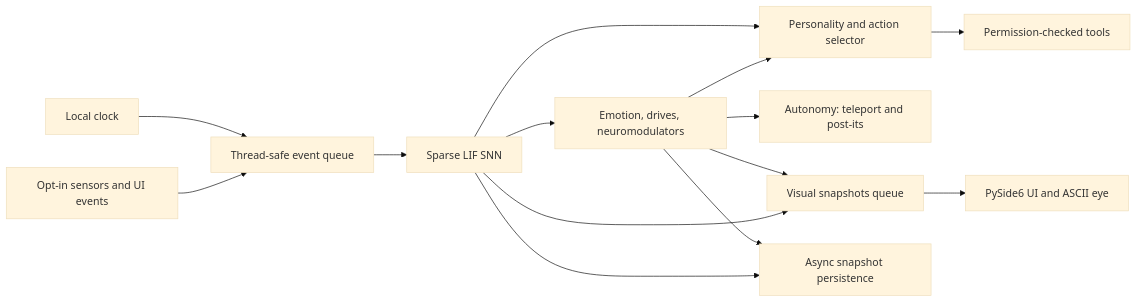
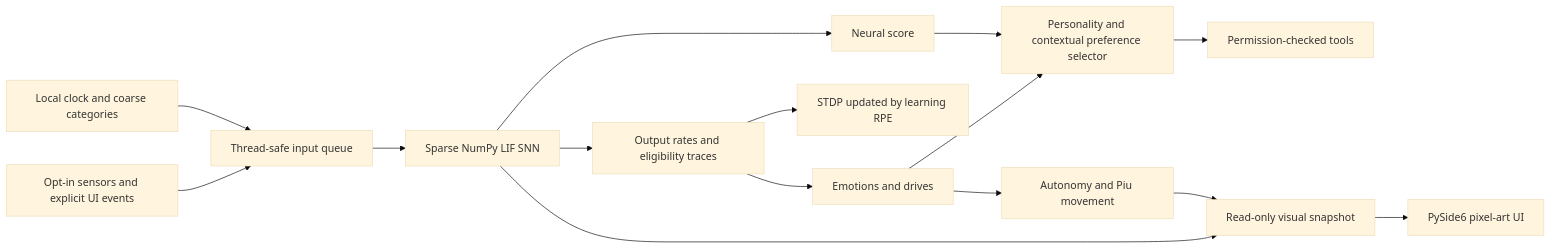
The diagram in README.md (Sudo-Marco/synapse-companion), drawn with Mermaid (base theme) before and after one commit. The commit also changed other lines of this file and 13 other files, not shown here.

````diff
--- a/README.md
+++ b/README.md
@@ -132,16 +108,17 @@
 ```mermaid
 flowchart LR
-    S[Opt-in sensors and UI events] --> Q[Thread-safe event queue]
-    C[Local clock] --> Q
-    Q --> N[Sparse LIF SNN]
-    N --> E[Emotion, drives, neuromodulators]
-    E --> P[Personality and action selector]
-    N --> P
+    S[Opt-in sensors and explicit UI events] --> Q[Thread-safe input queue]
+    C[Local clock and coarse categories] --> Q
+    Q --> N[Sparse NumPy LIF SNN]
+    N --> R[Output rates and eligibility traces]
+    R --> E[Emotions and drives]
+    R --> L[STDP updated by learning RPE]
+    N --> A[Neural score]
+    E --> P[Personality and contextual preference selector]
+    A --> P
     P --> T[Permission-checked tools]
-    E --> A[Autonomy: teleport and post-its]
-    N --> V[Visual snapshots queue]
-    E --> V
-    V --> U[PySide6 UI and ASCII eye]
-    N --> D[Async snapshot persistence]
-    E --> D
+    E --> U[Autonomy and Piu movement]
+    N --> V[Read-only visual snapshot]
+    U --> V
+    V --> UI[PySide6 pixel-art UI]
 ```
````
